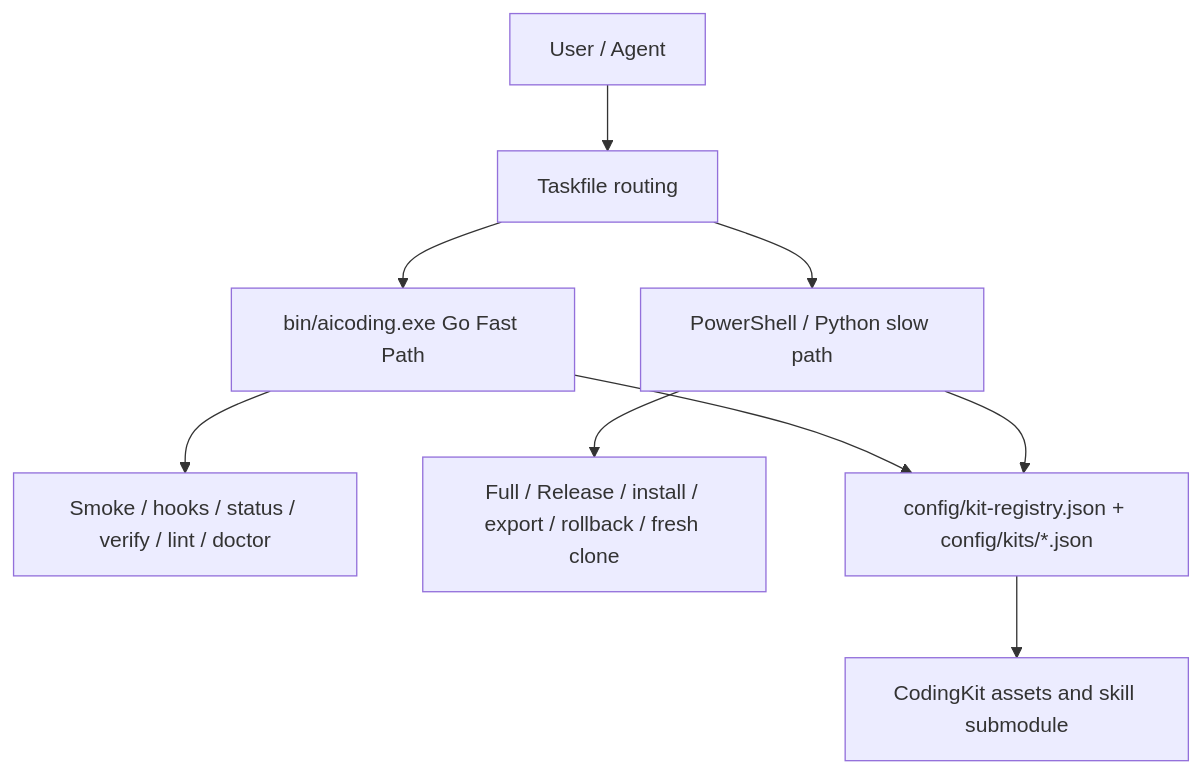
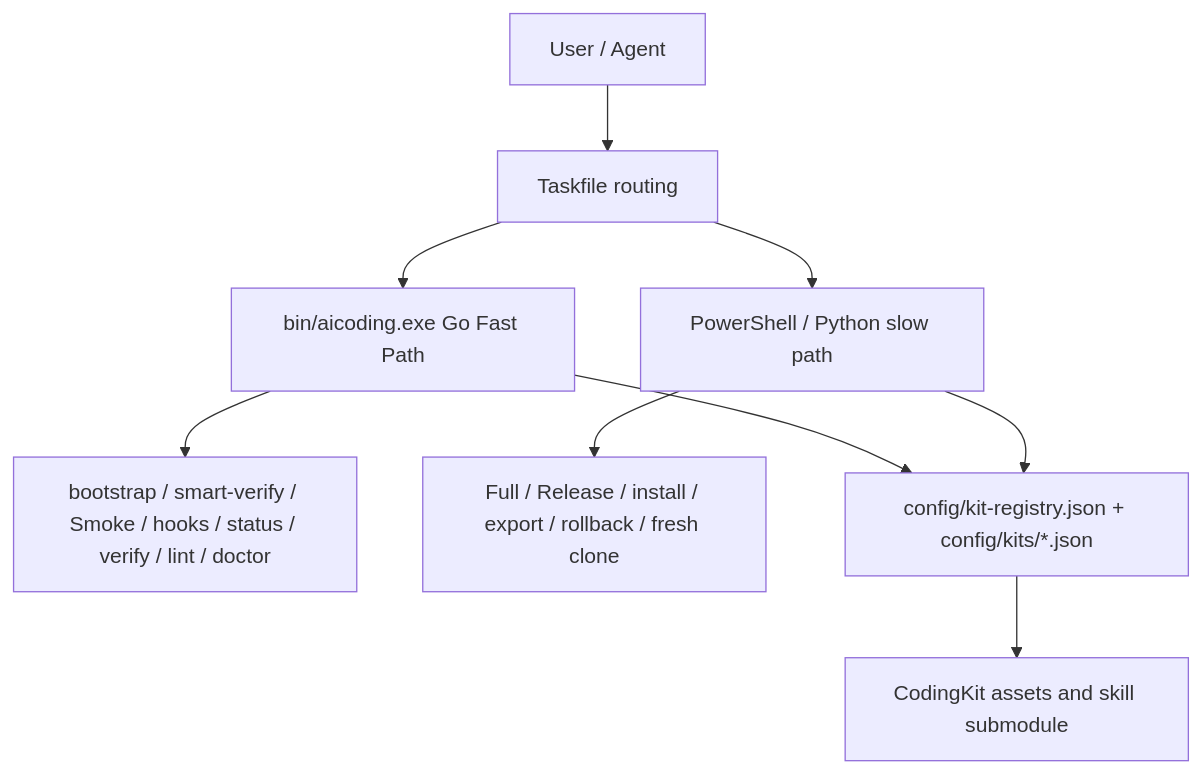
One commit to JiaxI2/AiCoding changed the diagram in README.md. Above: the diagram before and after it, drawn with Mermaid. The commit also changed other lines of this file and 24 other files, not shown here.

````diff
--- a/README.md
+++ b/README.md
@@ -65,11 +67,11 @@
 ```mermaid
 flowchart TD
   User["User / Agent"] --> Taskfile["Taskfile routing"]
   Taskfile --> GoCLI["bin/aicoding.exe Go Fast Path"]
   Taskfile --> Slow["PowerShell / Python slow path"]
-  GoCLI --> Smoke["Smoke / hooks / status / verify / lint / doctor"]
+  GoCLI --> Smoke["bootstrap / smart-verify / Smoke / hooks / status / verify / lint / doctor"]
   Slow --> Full["Full / Release / install / export / rollback / fresh clone"]
   GoCLI --> Registry["config/kit-registry.json + config/kits/*.json"]
   Slow --> Registry
   Registry --> CodingKit["CodingKit assets and skill submodule"]
 ```
````
